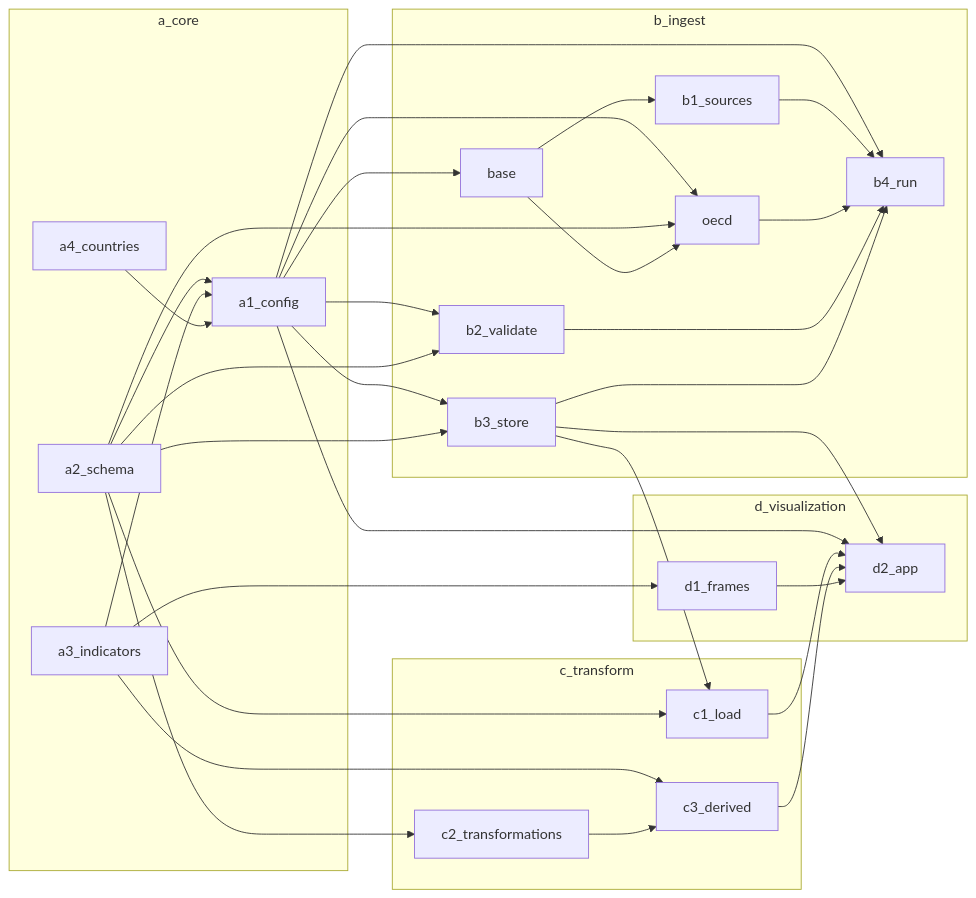
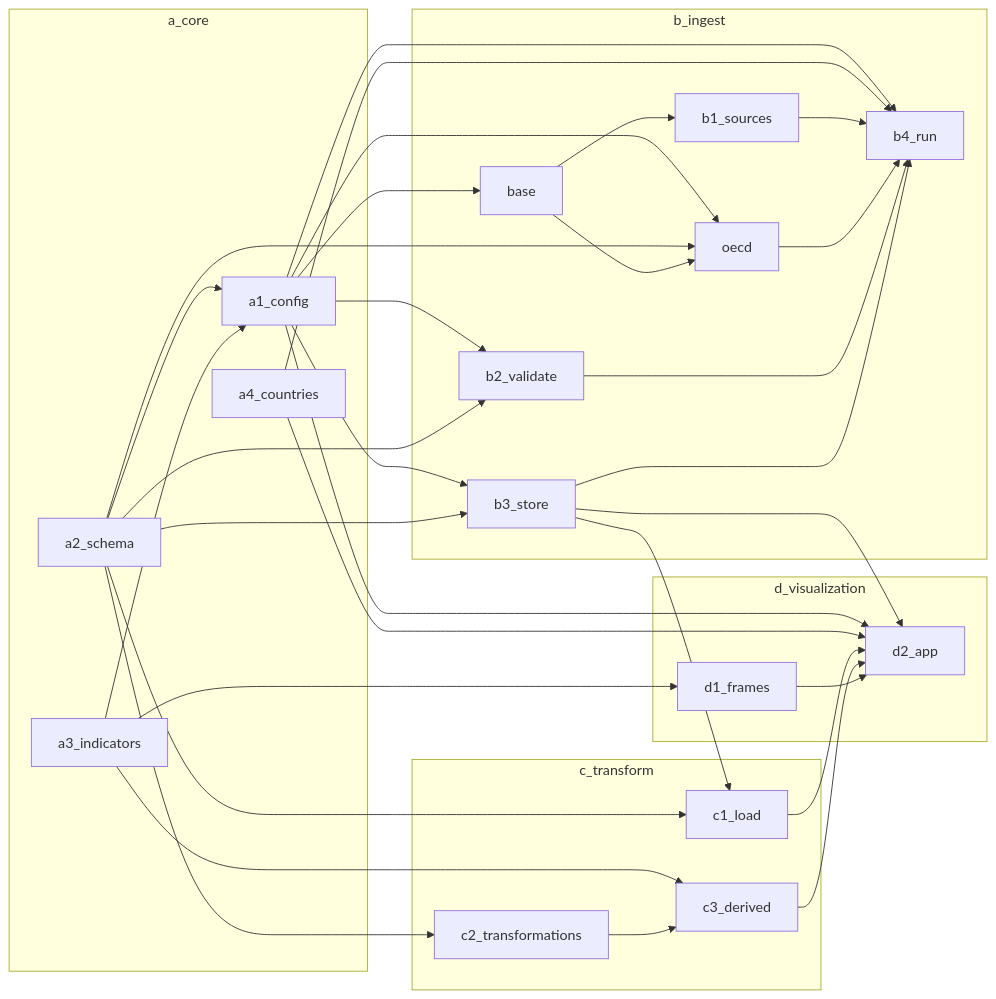
The first of 15 diagrams in docs/architecture.md (bsawyerg15/MacroScan), drawn with Mermaid before and after one commit. The commit also changed other lines of this file and 8 other files, not shown here.

````diff
--- a/docs/architecture.md
+++ b/docs/architecture.md
@@ -7,69 +7,70 @@
 ```mermaid
 flowchart LR
   subgraph a_core
     a_core_a1_config["a1_config"]
     a_core_a2_schema["a2_schema"]
     a_core_a3_indicators["a3_indicators"]
     a_core_a4_countries["a4_countries"]
   end
   subgraph b_ingest
     b_ingest_b1_sources["b1_sources"]
     b_ingest_b1_sources_base["base"]
     b_ingest_b1_sources_oecd["oecd"]
     b_ingest_b2_validate["b2_validate"]
     b_ingest_b3_store["b3_store"]
     b_ingest_b4_run["b4_run"]
   end
   subgraph c_transform
     c_transform_c1_load["c1_load"]
     c_transform_c2_transformations["c2_transformations"]
     c_transform_c3_derived["c3_derived"]
   end
   subgraph d_visualization
     d_visualization_d1_frames["d1_frames"]
     d_visualization_d2_app["d2_app"]
   end
   a_core_a2_schema --> a_core_a1_config
   a_core_a3_indicators --> a_core_a1_config
-  a_core_a4_countries --> a_core_a1_config
   b_ingest_b1_sources_base --> b_ingest_b1_sources
   a_core_a1_config --> b_ingest_b1_sources_base
   a_core_a1_config --> b_ingest_b1_sources_oecd
   a_core_a2_schema --> b_ingest_b1_sources_oecd
   b_ingest_b1_sources_base --> b_ingest_b1_sources_oecd
   a_core_a1_config --> b_ingest_b2_validate
   a_core_a2_schema --> b_ingest_b2_validate
   a_core_a1_config --> b_ingest_b3_store
   a_core_a2_schema --> b_ingest_b3_store
   a_core_a1_config --> b_ingest_b4_run
+  a_core_a4_countries --> b_ingest_b4_run
   b_ingest_b1_sources --> b_ingest_b4_run
   b_ingest_b1_sources_oecd --> b_ingest_b4_run
   b_ingest_b2_validate --> b_ingest_b4_run
   b_ingest_b3_store --> b_ingest_b4_run
   a_core_a2_schema --> c_transform_c1_load
   b_ingest_b3_store --> c_transform_c1_load
   a_core_a2_schema --> c_transform_c2_transformations
   a_core_a3_indicators --> c_transform_c3_derived
   c_transform_c2_transformations --> c_transform_c3_derived
   a_core_a3_indicators --> d_visualization_d1_frames
   a_core_a1_config --> d_visualization_d2_app
+  a_core_a4_countries --> d_visualization_d2_app
   b_ingest_b3_store --> d_visualization_d2_app
   c_transform_c1_load --> d_visualization_d2_app
   c_transform_c3_derived --> d_visualization_d2_app
   d_visualization_d1_frames --> d_visualization_d2_app
   click a_core_a1_config href "#mod-a_core-a1_config"
   click a_core_a2_schema href "#mod-a_core-a2_schema"
   click a_core_a3_indicators href "#mod-a_core-a3_indicators"
   click a_core_a4_countries href "#mod-a_core-a4_countries"
   click b_ingest_b1_sources href "#mod-b_ingest-b1_sources"
   click b_ingest_b1_sources_base href "#mod-b_ingest-b1_sources-base"
   click b_ingest_b1_sources_oecd href "#mod-b_ingest-b1_sources-oecd"
   click b_ingest_b2_validate href "#mod-b_ingest-b2_validate"
   click b_ingest_b3_store href "#mod-b_ingest-b3_store"
   click b_ingest_b4_run href "#mod-b_ingest-b4_run"
   click c_transform_c1_load href "#mod-c_transform-c1_load"
   click c_transform_c2_transformations href "#mod-c_transform-c2_transformations"
   click c_transform_c3_derived href "#mod-c_transform-c3_derived"
   click d_visualization_d1_frames href "#mod-d_visualization-d1_frames"
   click d_visualization_d2_app href "#mod-d_visualization-d2_app"
 ```
````
